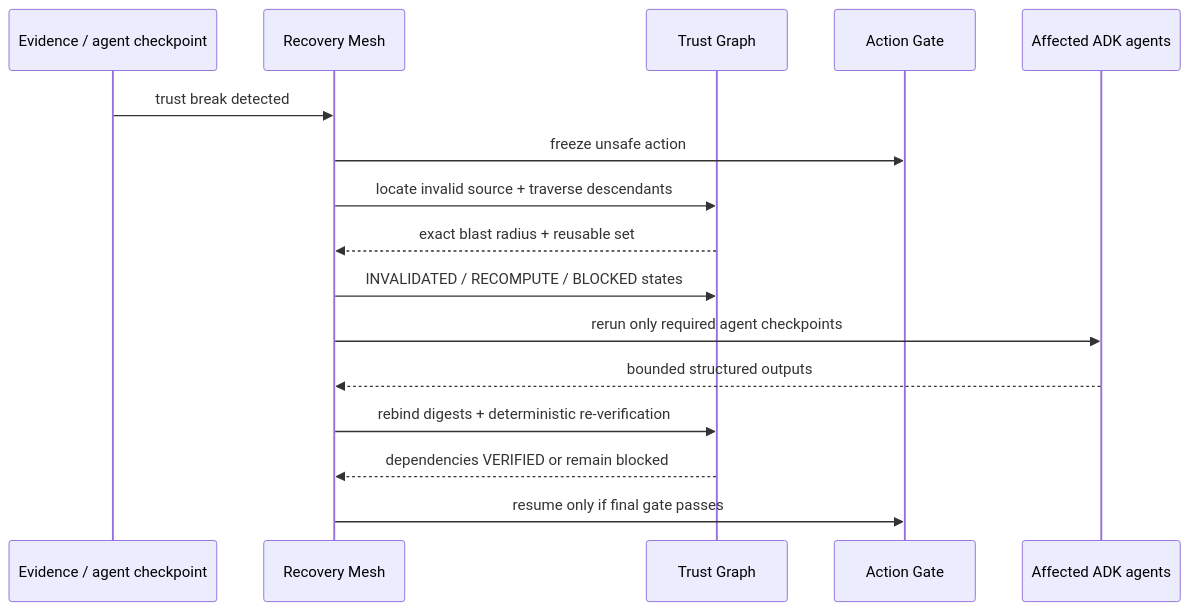
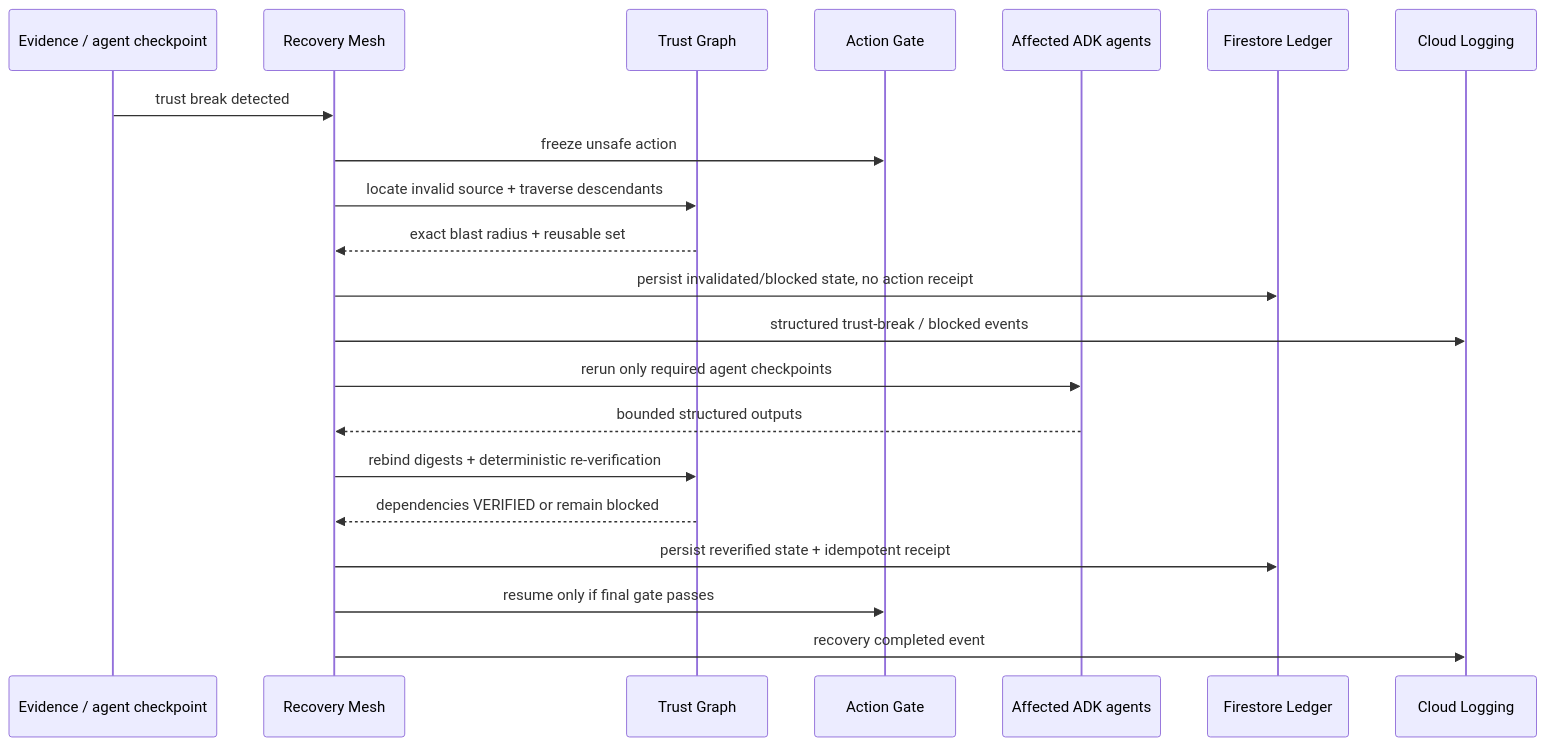
The second of 3 diagrams in docs/ARCHITECTURE.md (evidencebound/evidencebound-recovery-mesh), drawn with Mermaid before and after one commit. The commit also changed other lines of this file and 7 other files, not shown here.

````diff
--- a/docs/ARCHITECTURE.md
+++ b/docs/ARCHITECTURE.md
@@ -166,19 +226,24 @@
 ```mermaid
 sequenceDiagram
   participant E as Evidence / agent checkpoint
   participant R as Recovery Mesh
   participant G as Trust Graph
   participant A as Action Gate
   participant W as Affected ADK agents
+  participant F as Firestore Ledger
+  participant L as Cloud Logging
 
   E->>R: trust break detected
   R->>A: freeze unsafe action
   R->>G: locate invalid source + traverse descendants
   G-->>R: exact blast radius + reusable set
-  R->>G: INVALIDATED / RECOMPUTE / BLOCKED states
+  R->>F: persist invalidated/blocked state, no action receipt
+  R->>L: structured trust-break / blocked events
   R->>W: rerun only required agent checkpoints
   W-->>R: bounded structured outputs
   R->>G: rebind digests + deterministic re-verification
   G-->>R: dependencies VERIFIED or remain blocked
+  R->>F: persist reverified state + idempotent receipt
   R->>A: resume only if final gate passes
+  R->>L: recovery completed event
 ```
````
